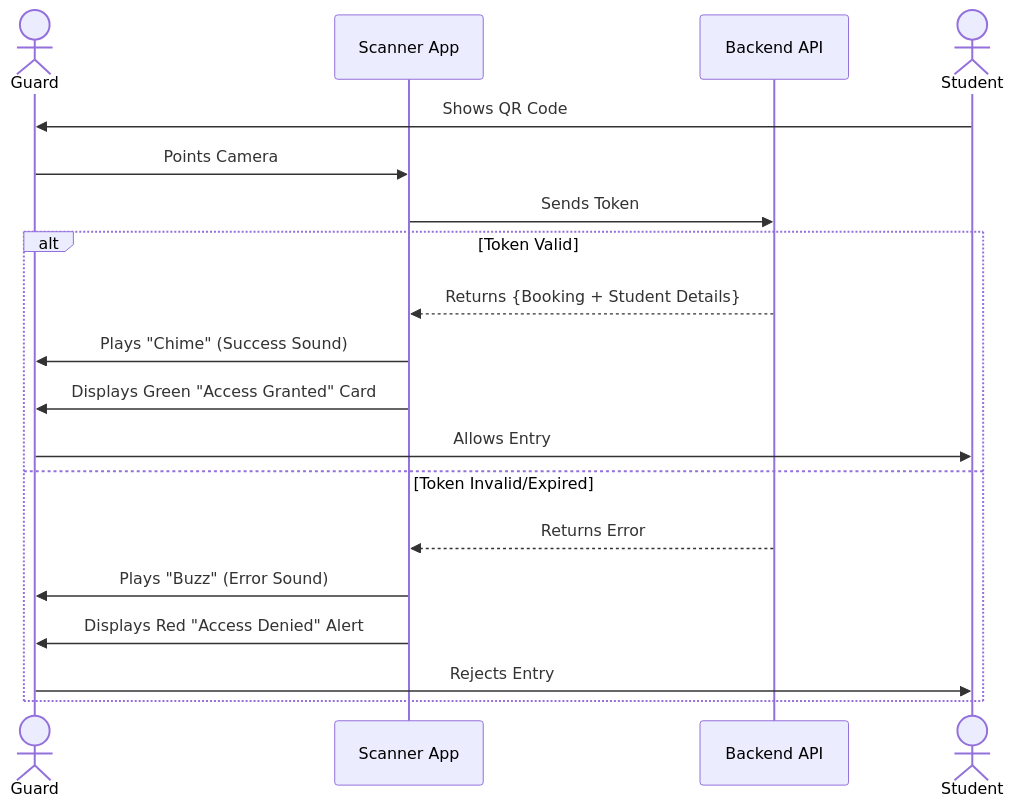
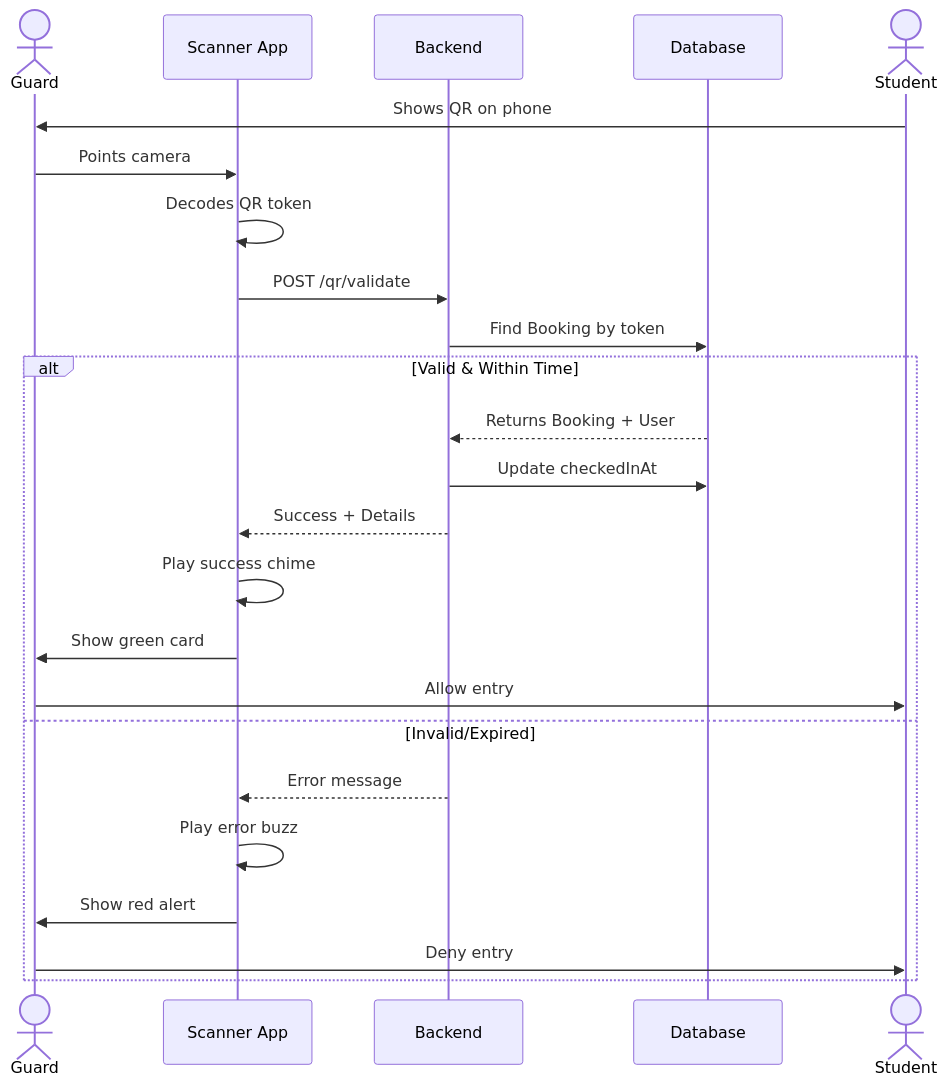
The seventh of 8 diagrams in documentation.md (SarthakPaandey/SSTBORROWING), drawn with Mermaid before and after one commit. The commit also changed other lines of this file, not shown here.

````diff
--- a/documentation.md
+++ b/documentation.md
@@ -122,23 +416,29 @@
 ```mermaid
 sequenceDiagram
     actor Guard
     participant Scanner as Scanner App
-    participant BE as Backend API
+    participant API as Backend
+    participant DB as Database
     actor Student
 
-    Student->>Guard: Shows QR Code
-    Guard->>Scanner: Points Camera
-    Scanner->>BE: Sends Token
+    Student->>Guard: Shows QR on phone
+    Guard->>Scanner: Points camera
+    Scanner->>Scanner: Decodes QR token
     
-    alt Token Valid
-        BE-->>Scanner: Returns {Booking + Student Details}
-        Scanner->>Guard: Plays "Chime" (Success Sound)
-        Scanner->>Guard: Displays Green "Access Granted" Card
-        Guard->>Student: Allows Entry
-    else Token Invalid/Expired
-        BE-->>Scanner: Returns Error
-        Scanner->>Guard: Plays "Buzz" (Error Sound)
-        Scanner->>Guard: Displays Red "Access Denied" Alert
-        Guard->>Student: Rejects Entry
+    Scanner->>API: POST /qr/validate
+    API->>DB: Find Booking by token
+    
+    alt Valid & Within Time
+        DB-->>API: Returns Booking + User
+        API->>DB: Update checkedInAt
+        API-->>Scanner: Success + Details
+        Scanner->>Scanner: Play success chime
+        Scanner->>Guard: Show green card
+        Guard->>Student: Allow entry
+    else Invalid/Expired
+        API-->>Scanner: Error message
+        Scanner->>Scanner: Play error buzz
+        Scanner->>Guard: Show red alert
+        Guard->>Student: Deny entry
     end
 ```
````
